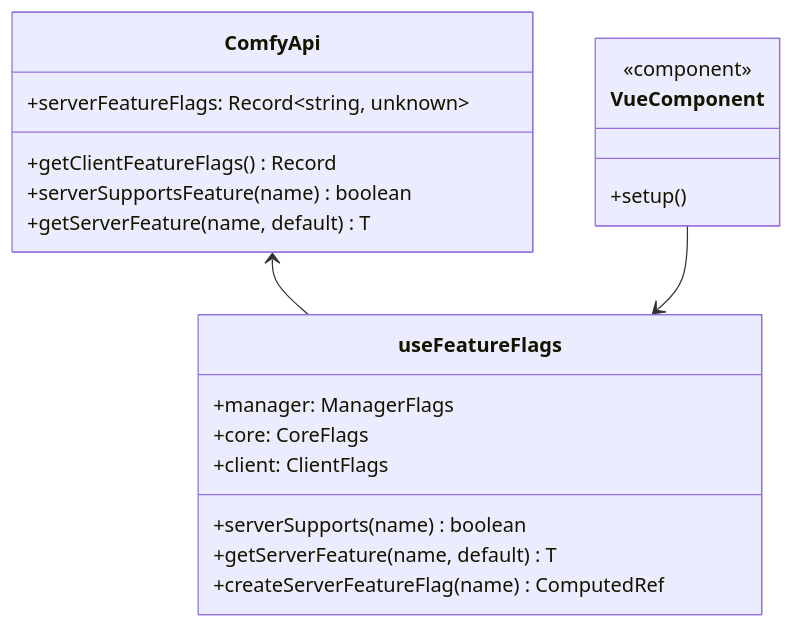
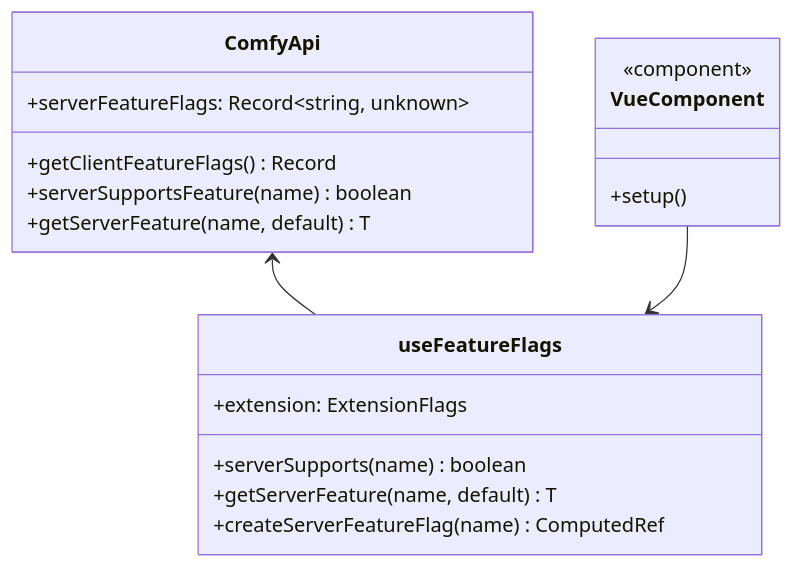
Before and after one commit to Comfy-Org/ComfyUI_frontend: the fourth of 7 diagrams in docs/FEATURE_FLAGS.md, drawn with Mermaid. The commit also changed other lines of this file, not shown here.

First line of the commit message:
[docs] Update feature flags documentation based on review feedback

````diff
--- a/docs/FEATURE_FLAGS.md
+++ b/docs/FEATURE_FLAGS.md
@@ -138,26 +122,24 @@
 ```mermaid
 classDiagram
     class ComfyApi {
         +serverFeatureFlags: Record~string, unknown~
         +getClientFeatureFlags() Record
         +serverSupportsFeature(name) boolean
         +getServerFeature(name, default) T
     }
     
     class useFeatureFlags {
         +serverSupports(name) boolean
         +getServerFeature(name, default) T
         +createServerFeatureFlag(name) ComputedRef
-        +manager: ManagerFlags
-        +core: CoreFlags
-        +client: ClientFlags
+        +extension: ExtensionFlags
     }
     
     class VueComponent {
         <<component>>
         +setup()
     }
     
     ComfyApi <-- useFeatureFlags
     VueComponent --> useFeatureFlags
 ```
````
